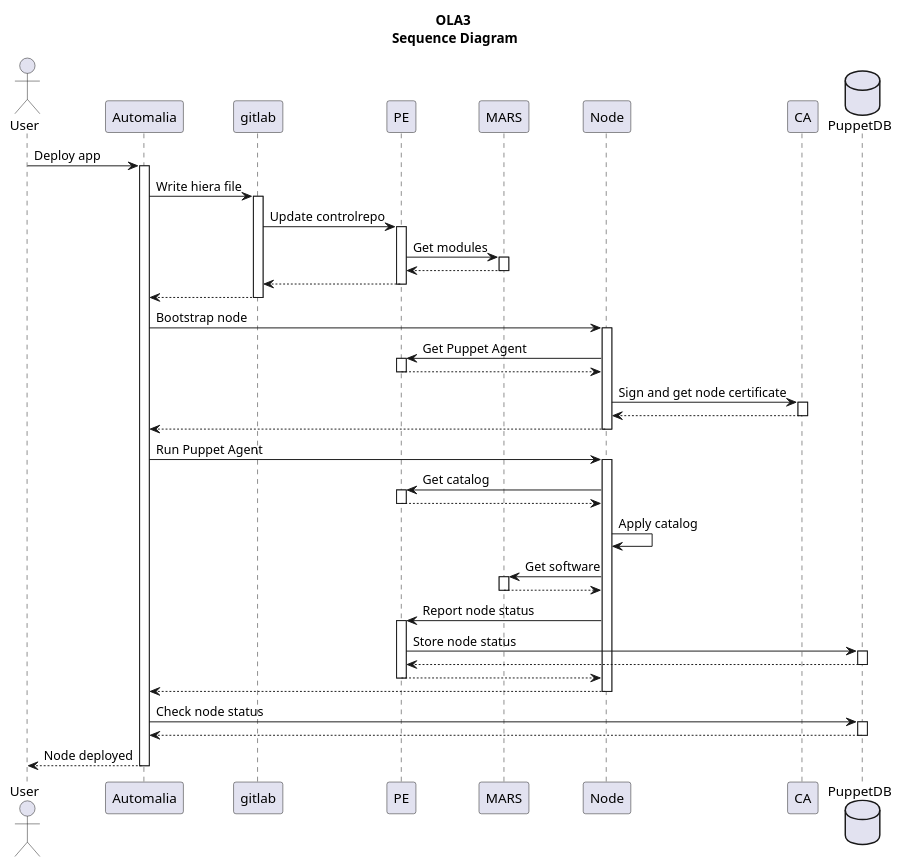
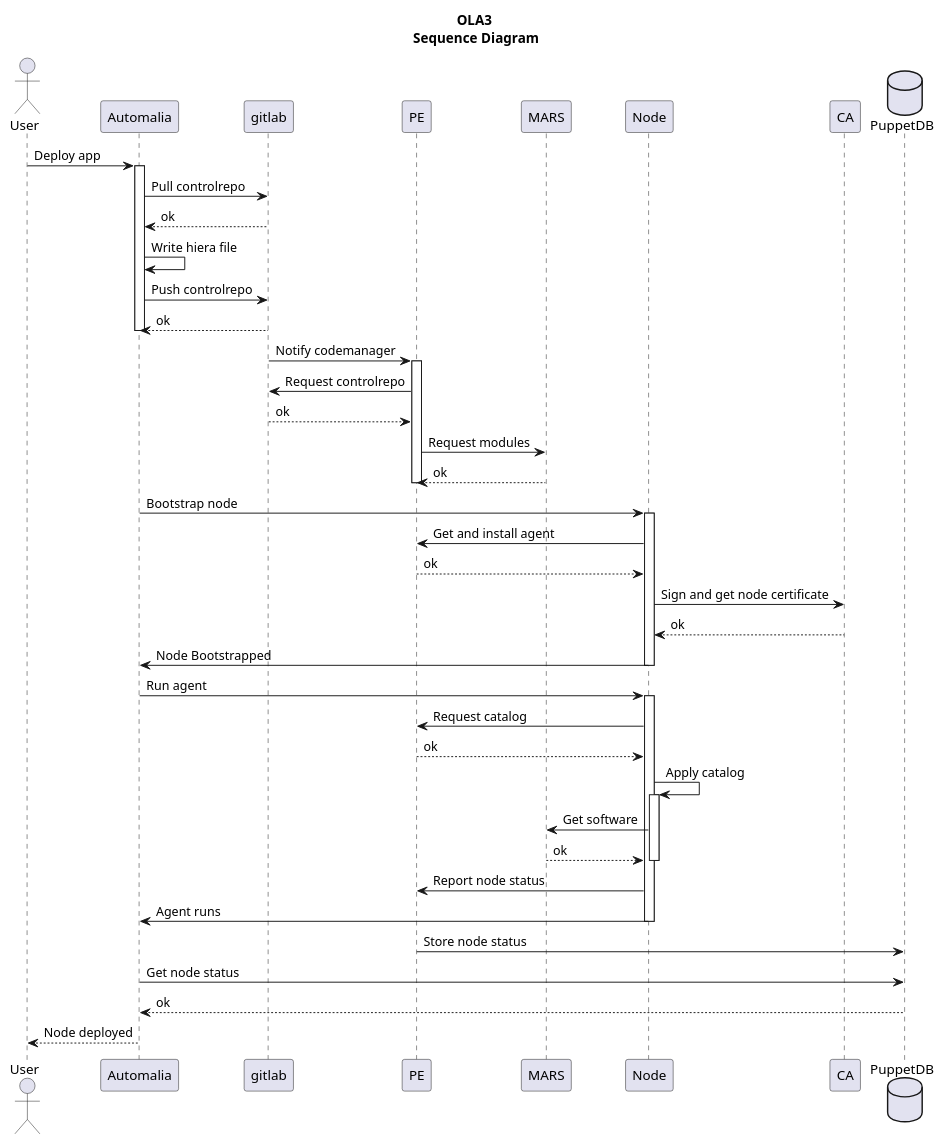
Before and after one commit to CIVIR-ES/PE-vagrant: the diagram in doc/sequence.puml, drawn with PlantUML.

Commit message:
Refactor

```diff
--- a/doc/sequence.puml
+++ b/doc/sequence.puml
@@ -1,95 +1,57 @@
 @startuml
-
 title OLA3\n Sequence Diagram
 
 actor User
 participant "Automalia" as A
 participant "gitlab" as B
 participant "PE" as C
 participant "MARS" as D
 participant "Node" as E
 participant "CA" as F
 database "PuppetDB" as G
 
-
 User -> A: Deploy app
 activate A
+A -> B: Pull controlrepo
+B --> A: ok
+A -> A: Write hiera file
+A -> B: Push controlrepo
+B --> A: ok
+deactivate A
 
-A -> B: Write hiera file
-activate B
-
-B -> C: Update controlrepo
+B -> C: Notify codemanager
 activate C
-
-C -> D: Get modules
-activate D
-
-D --> C
-deactivate D
-
-C --> B
+C -> B: Request controlrepo
+B --> C: ok
+C -> D: Request modules
+D --> C: ok
 deactivate C
-
-B --> A
-deactivate B
 
 A -> E: Bootstrap node
 activate E
-
-E -> C: Get Puppet Agent
-activate C
-
-C --> E
-deactivate C
-
+E -> C: Get and install agent
+C --> E: ok
 E -> F: Sign and get node certificate
-activate F
-
-F --> E
-deactivate F
-
-E --> A
+F --> E: ok
+E -> A: Node Bootstrapped
 deactivate E
 
-A -> E: Run Puppet Agent
+A -> E: Run agent
 activate E
-
-E -> C: Get catalog
-activate C
-
-C --> E
-deactivate C
-
+E -> C: Request catalog
+C --> E: ok
 E -> E: Apply catalog
-
+activate E
 E -> D: Get software
-activate D
-
-D --> E
-deactivate D
-
+D --> E: ok
+deactivate E
 E -> C: Report node status
-activate C
+E -> A: Agent runs
+deactivate E
 
 C -> G: Store node status
-activate G
-
-G --> C
-deactivate G
-
-C --> E
-deactivate C
-
-E --> A
-deactivate E
-
-A -> G: Check node status
-activate G
-
-G --> A
-deactivate G
+A -> G: Get node status
+G --> A: ok
 
 A --> User: Node deployed
-deactivate A
-
 @enduml
```
